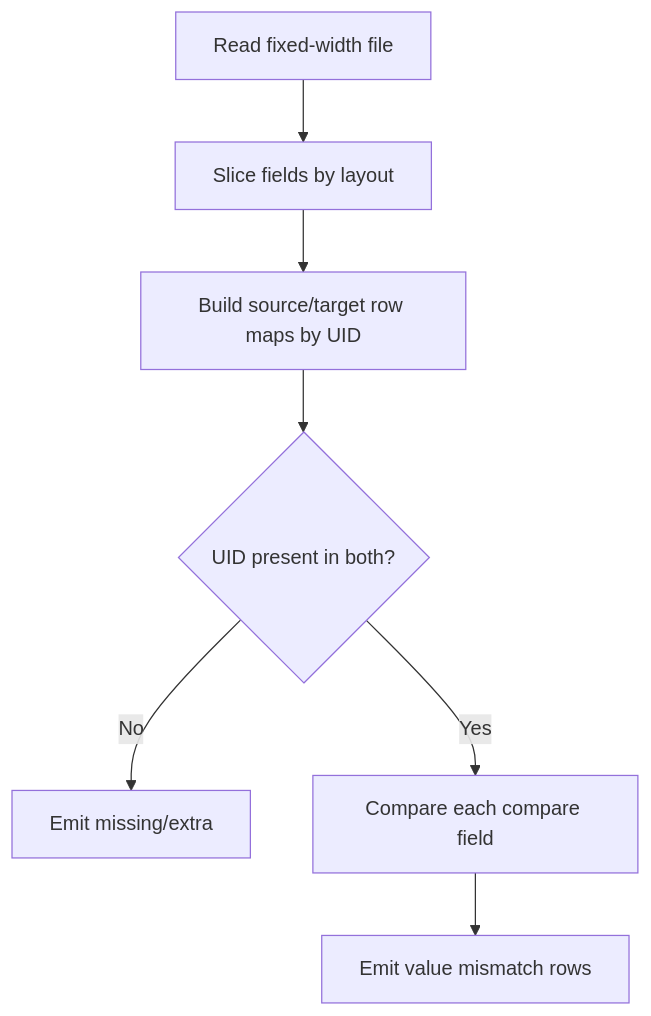
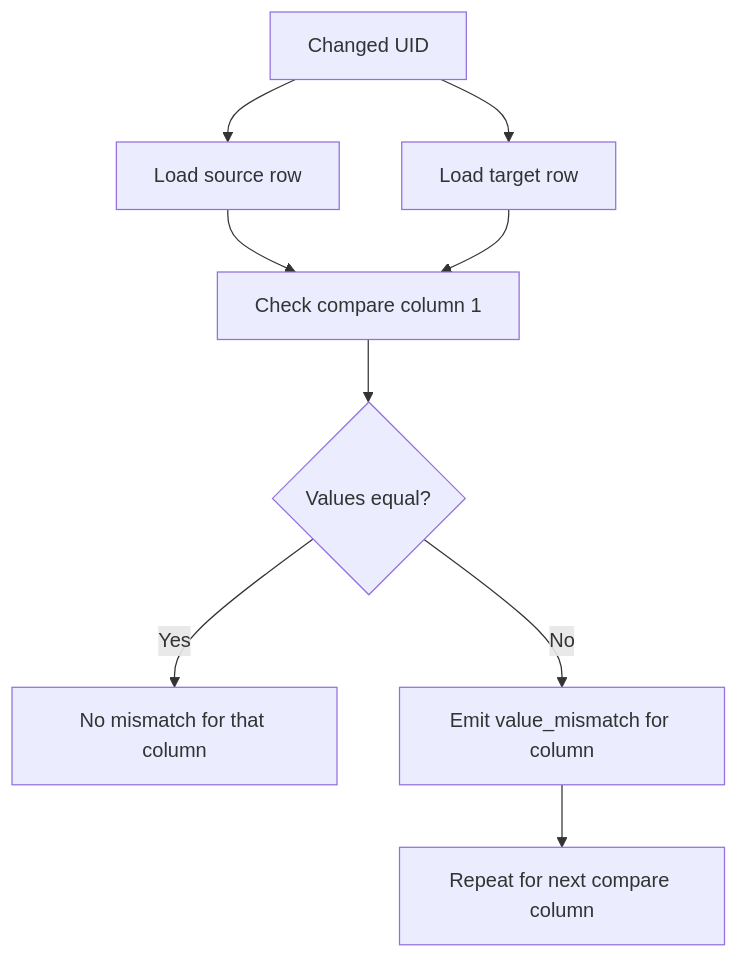
One commit to AnshRaj112/Pegasus changed the fourth of 6 diagrams in docs/VALIDATION_IMPLEMENTATION_GUIDE.md. Above: the diagram before and after it, drawn with Mermaid. The commit also changed other lines of this file, not shown here.

````diff
--- a/docs/VALIDATION_IMPLEMENTATION_GUIDE.md
+++ b/docs/VALIDATION_IMPLEMENTATION_GUIDE.md
@@ -303,9 +235,11 @@
 ```mermaid
 flowchart TD
-    A[Read fixed-width file] --> B[Slice fields by layout]
-    B --> C[Build source/target row maps by UID]
-    C --> D{UID present in both?}
-    D -->|No| E[Emit missing/extra]
-    D -->|Yes| F[Compare each compare field]
-    F --> G[Emit value mismatch rows]
+    A[Changed UID] --> B[Load source row]
+    A --> C[Load target row]
+    B --> D[Check compare column 1]
+    C --> D
+    D --> E{Values equal?}
+    E -->|Yes| F[No mismatch for that column]
+    E -->|No| G[Emit value_mismatch for column]
+    G --> H[Repeat for next compare column]
 ```
````
